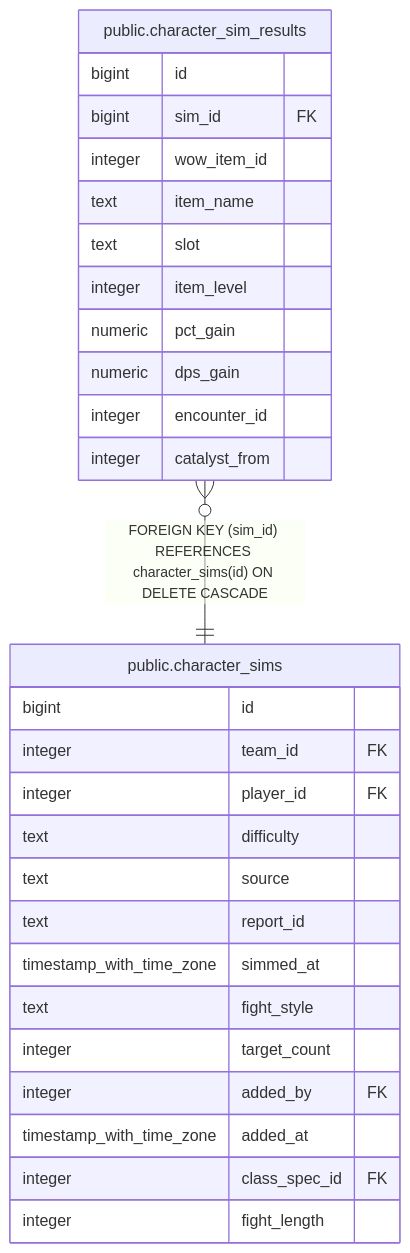
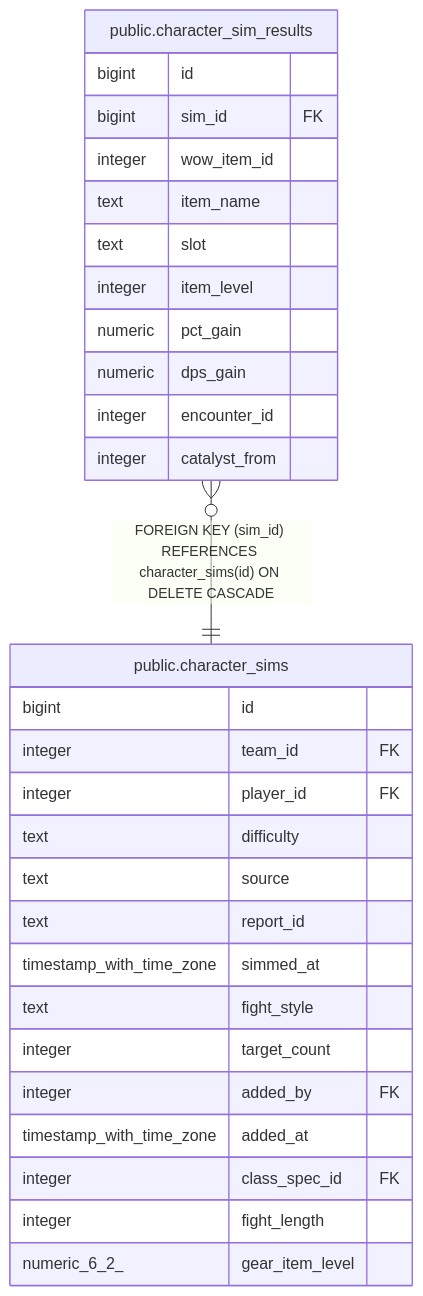
Before and after one commit to katogaming88/WGA-Raid-Hub: the diagram in dbdoc/public.character_sim_results.md, drawn with Mermaid. The commit also changed 33 other files, not shown here.

````diff
--- a/dbdoc/public.character_sim_results.md
+++ b/dbdoc/public.character_sim_results.md
@@ -45,33 +45,34 @@
 ```mermaid
 erDiagram
 
 "public.character_sim_results" }o--|| "public.character_sims" : "FOREIGN KEY (sim_id) REFERENCES character_sims(id) ON DELETE CASCADE"
 
 "public.character_sim_results" {
   bigint id
   bigint sim_id FK
   integer wow_item_id
   text item_name
   text slot
   integer item_level
   numeric pct_gain
   numeric dps_gain
   integer encounter_id
   integer catalyst_from
 }
 "public.character_sims" {
   bigint id
   integer team_id FK
   integer player_id FK
   text difficulty
   text source
   text report_id
   timestamp_with_time_zone simmed_at
   text fight_style
   integer target_count
   integer added_by FK
   timestamp_with_time_zone added_at
   integer class_spec_id FK
   integer fight_length
+  numeric_6_2_ gear_item_level
 }
 ```
````
